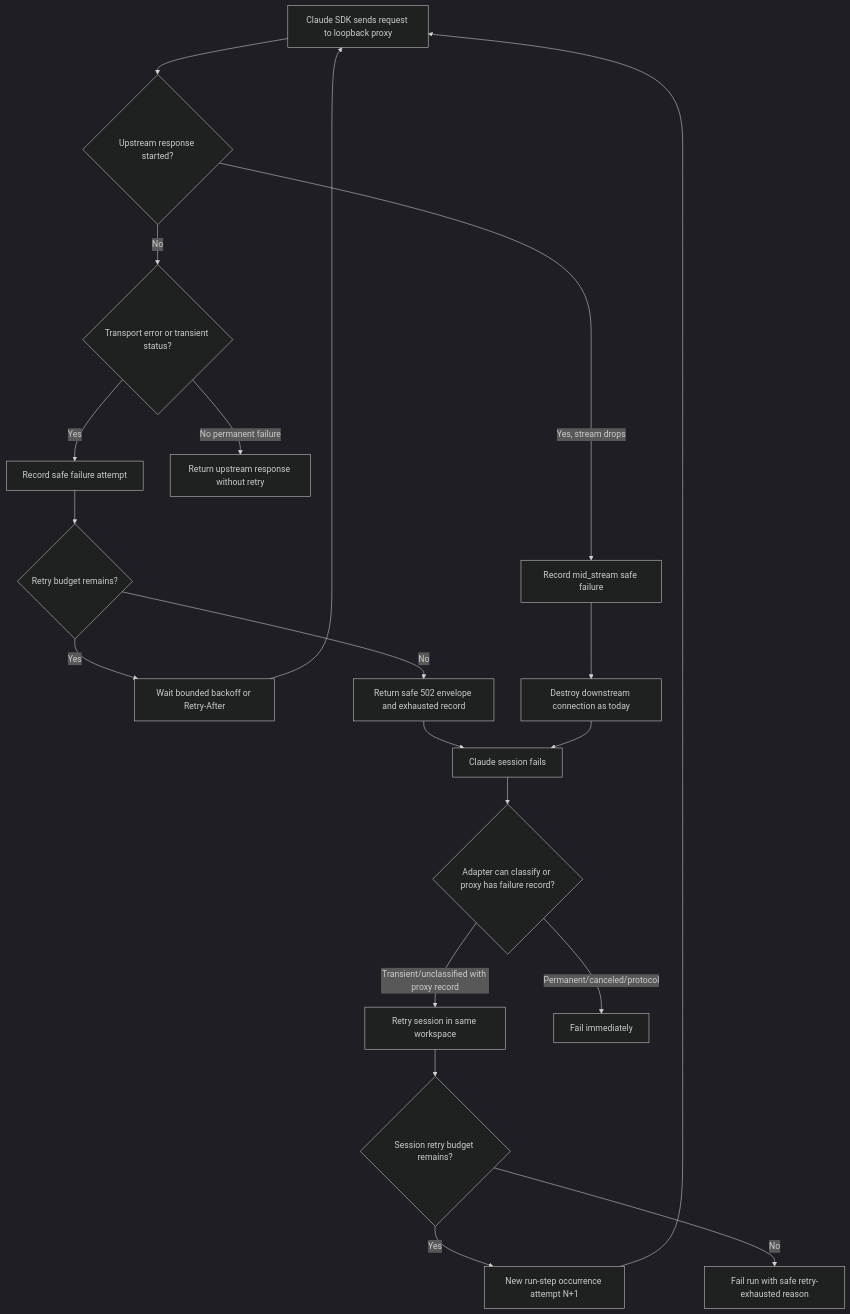
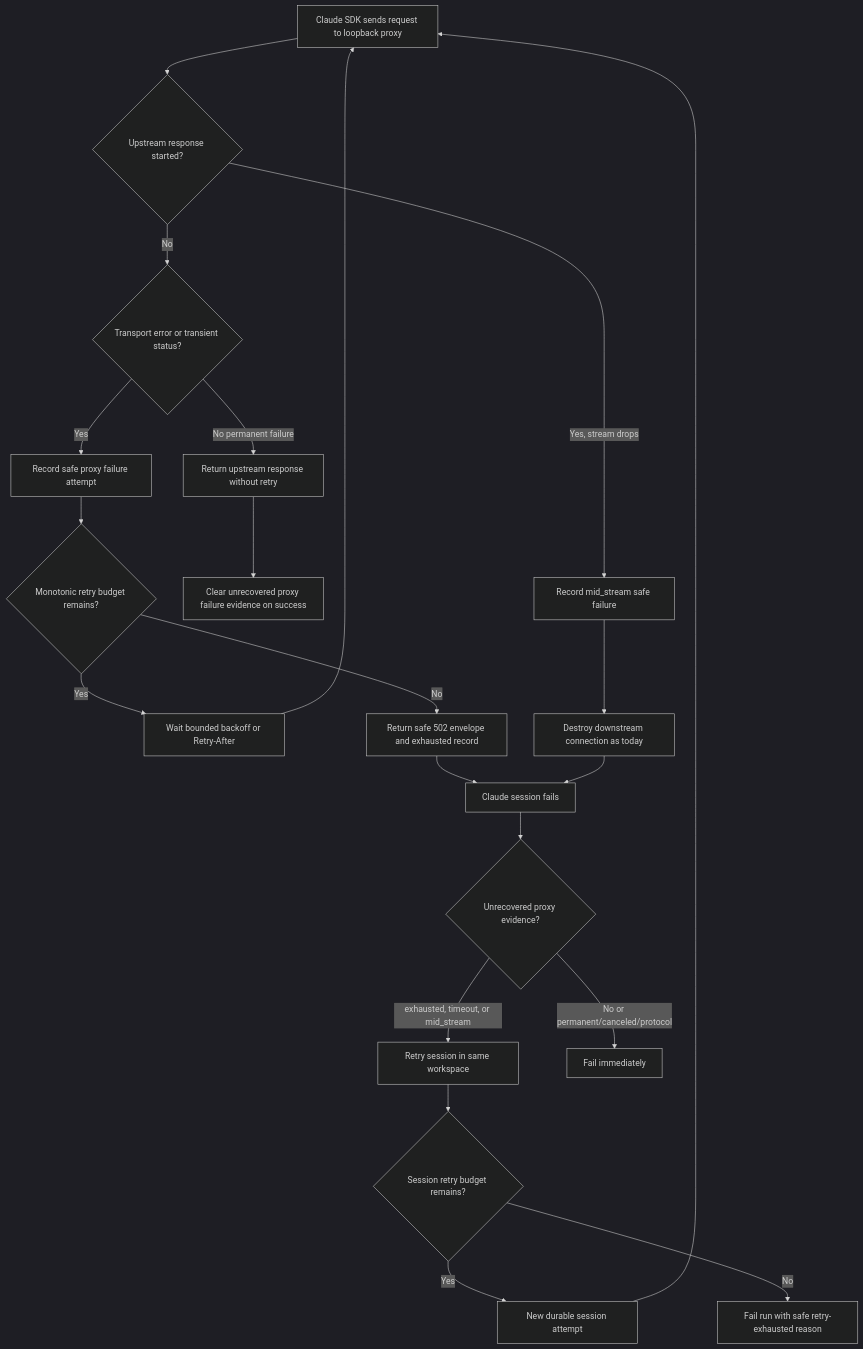
Before and after one commit to markdstafford/autocatalyst: the first of 2 diagrams in context-human/specs/enhancement-grove-proxy-failure-retry-session-retry.md, drawn with Mermaid (dark theme). The commit also changed other lines of this file, not shown here.

Commit message:
docs: revise enhancement spec grove-proxy-failure-retry-session-retry

````diff
--- a/context-human/specs/enhancement-grove-proxy-failure-retry-session-retry.md
+++ b/context-human/specs/enhancement-grove-proxy-failure-retry-session-retry.md
@@ -37,22 +37,23 @@
 ```mermaid
 flowchart TD
     A[Claude SDK sends request to loopback proxy] --> B{Upstream response started?}
     B -->|No| C{Transport error or transient status?}
-    C -->|Yes| D[Record safe failure attempt]
-    D --> E{Retry budget remains?}
+    C -->|Yes| D[Record safe proxy failure attempt]
+    D --> E{Monotonic retry budget remains?}
     E -->|Yes| F[Wait bounded backoff or Retry-After]
     F --> A
     E -->|No| G[Return safe 502 envelope and exhausted record]
     C -->|No permanent failure| H[Return upstream response without retry]
+    H --> S[Clear unrecovered proxy failure evidence on success]
     B -->|Yes, stream drops| I[Record mid_stream safe failure]
     I --> J[Destroy downstream connection as today]
     G --> K[Claude session fails]
     J --> K
-    K --> L{Adapter can classify or proxy has failure record?}
-    L -->|Transient/unclassified with proxy record| M[Retry session in same workspace]
+    K --> L{Unrecovered proxy evidence?}
+    L -->|exhausted, timeout, or mid_stream| M[Retry session in same workspace]
     M --> N{Session retry budget remains?}
-    N -->|Yes| O[New run-step occurrence attempt N+1]
+    N -->|Yes| O[New durable session attempt]
     O --> A
     N -->|No| P[Fail run with safe retry-exhausted reason]
-    L -->|Permanent/canceled/protocol| Q[Fail immediately]
+    L -->|No or permanent/canceled/protocol| Q[Fail immediately]
 ```
````
